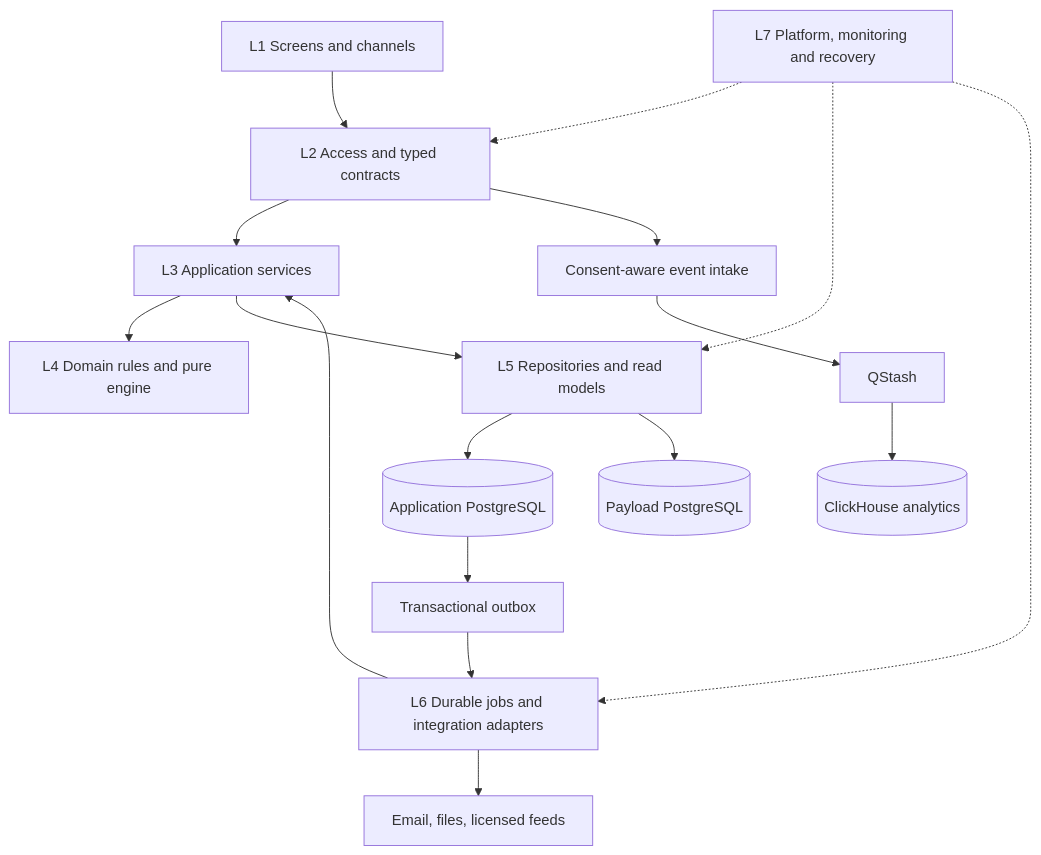
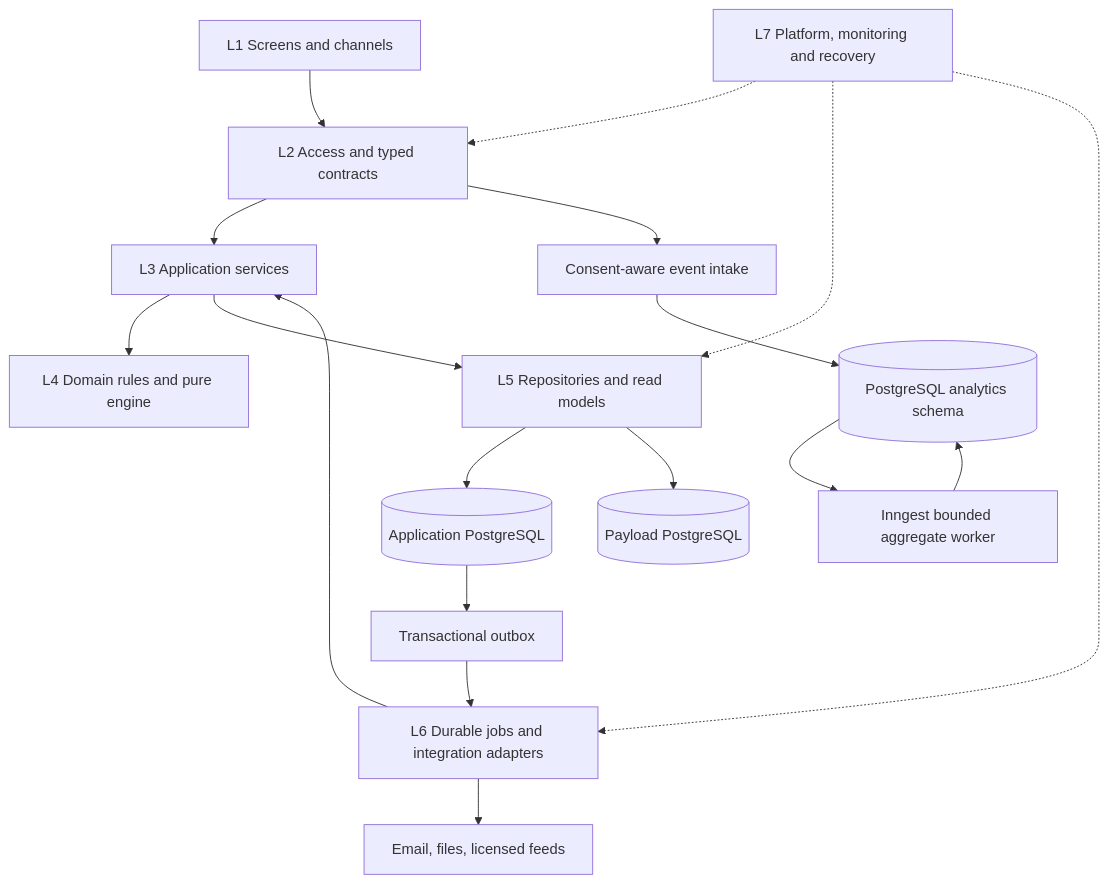
One commit to xmyqyl4x/tiresandtreads changed the diagram in docs/07-stack-and-layer-signoff.md. Above: the diagram before and after it, drawn with Mermaid. The commit also changed other lines of this file and 15 other files, not shown here.

Commit message:
docs: sequence backend foundations and consolidate storage on PostgreSQL

````diff
--- a/docs/07-stack-and-layer-signoff.md
+++ b/docs/07-stack-and-layer-signoff.md
@@ -99,19 +101,20 @@
 ```mermaid
 flowchart TB
   L1["L1 Screens and channels"] --> L2["L2 Access and typed contracts"]
   L2 --> L3["L3 Application services"]
   L3 --> L4["L4 Domain rules and pure engine"]
   L3 --> L5["L5 Repositories and read models"]
   L5 --> PG[("Application PostgreSQL")]
   L5 --> CMS[("Payload PostgreSQL")]
   PG --> OB["Transactional outbox"]
   OB --> L6["L6 Durable jobs and integration adapters"]
   L6 --> L3
   L6 --> V["Email, files, licensed feeds"]
   L2 --> EV["Consent-aware event intake"]
-  EV --> Q["QStash"]
-  Q --> CH[("ClickHouse analytics")]
+  EV --> Analytics[("PostgreSQL analytics schema")]
+  Analytics --> Batch["Inngest bounded aggregate worker"]
+  Batch --> Analytics
   L7["L7 Platform, monitoring and recovery"] -.-> L2
   L7 -.-> L5
   L7 -.-> L6
 ```
````
